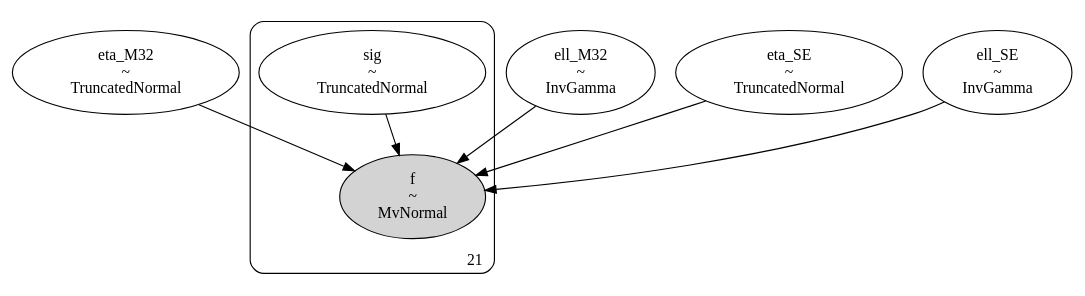
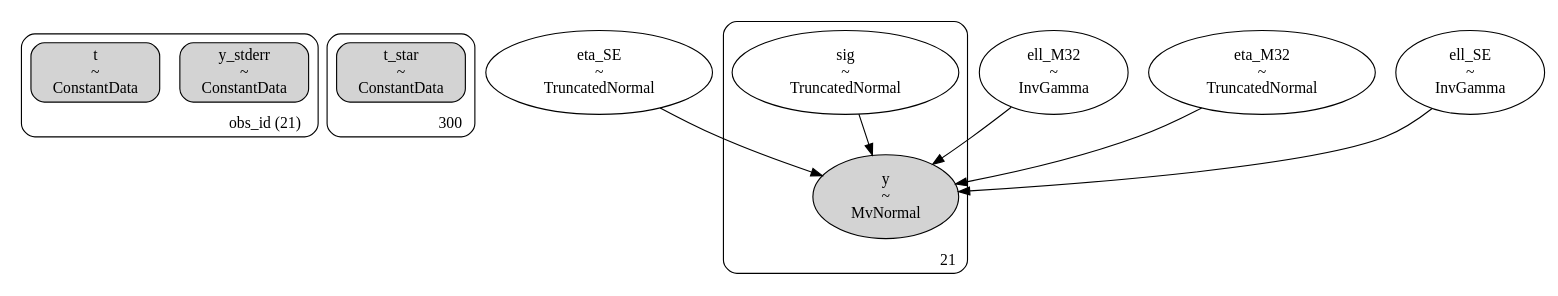
One commit to shihchingfu/gp-sandbox-thunderkat changed the diagram in dags/428_ra236.530_dec-46.922_4U1543TraPDB_andersson_gpSE_gpM32_dag.dot. Above: the diagram before and after it, drawn with Graphviz. The commit also changed 12 other files, not shown here.

```diff
--- a/dags/428_ra236.530_dec-46.922_4U1543TraPDB_andersson_gpSE_gpM32_dag.dot
+++ b/dags/428_ra236.530_dec-46.922_4U1543TraPDB_andersson_gpSE_gpM32_dag.dot
@@ -1,28 +1,43 @@
 digraph {
-	eta_M32 [label="eta_M32
+	subgraph "clusterobs_id (21)" {
+		y_stderr [label="y_stderr
+~
+ConstantData" shape=box style="rounded, filled"]
+		t [label="t
+~
+ConstantData" shape=box style="rounded, filled"]
+		label="obs_id (21)" labeljust=r labelloc=b style=rounded
+	}
+	subgraph cluster300 {
+		t_star [label="t_star
+~
+ConstantData" shape=box style="rounded, filled"]
+		label=300 labeljust=r labelloc=b style=rounded
+	}
+	eta_SE [label="eta_SE
 ~
 TruncatedNormal" shape=ellipse]
 	ell_M32 [label="ell_M32
 ~
 InvGamma" shape=ellipse]
-	eta_SE [label="eta_SE
+	eta_M32 [label="eta_M32
 ~
 TruncatedNormal" shape=ellipse]
 	ell_SE [label="ell_SE
 ~
 InvGamma" shape=ellipse]
 	subgraph cluster21 {
-		f [label="f
-~
-MvNormal" shape=ellipse style=filled]
 		sig [label="sig
 ~
 TruncatedNormal" shape=ellipse]
+		y [label="y
+~
+MvNormal" shape=ellipse style=filled]
 		label=21 labeljust=r labelloc=b style=rounded
 	}
-	eta_SE -> f
-	ell_SE -> f
-	ell_M32 -> f
-	eta_M32 -> f
-	sig -> f
+	eta_SE -> y
+	ell_M32 -> y
+	eta_M32 -> y
+	ell_SE -> y
+	sig -> y
 }
```
